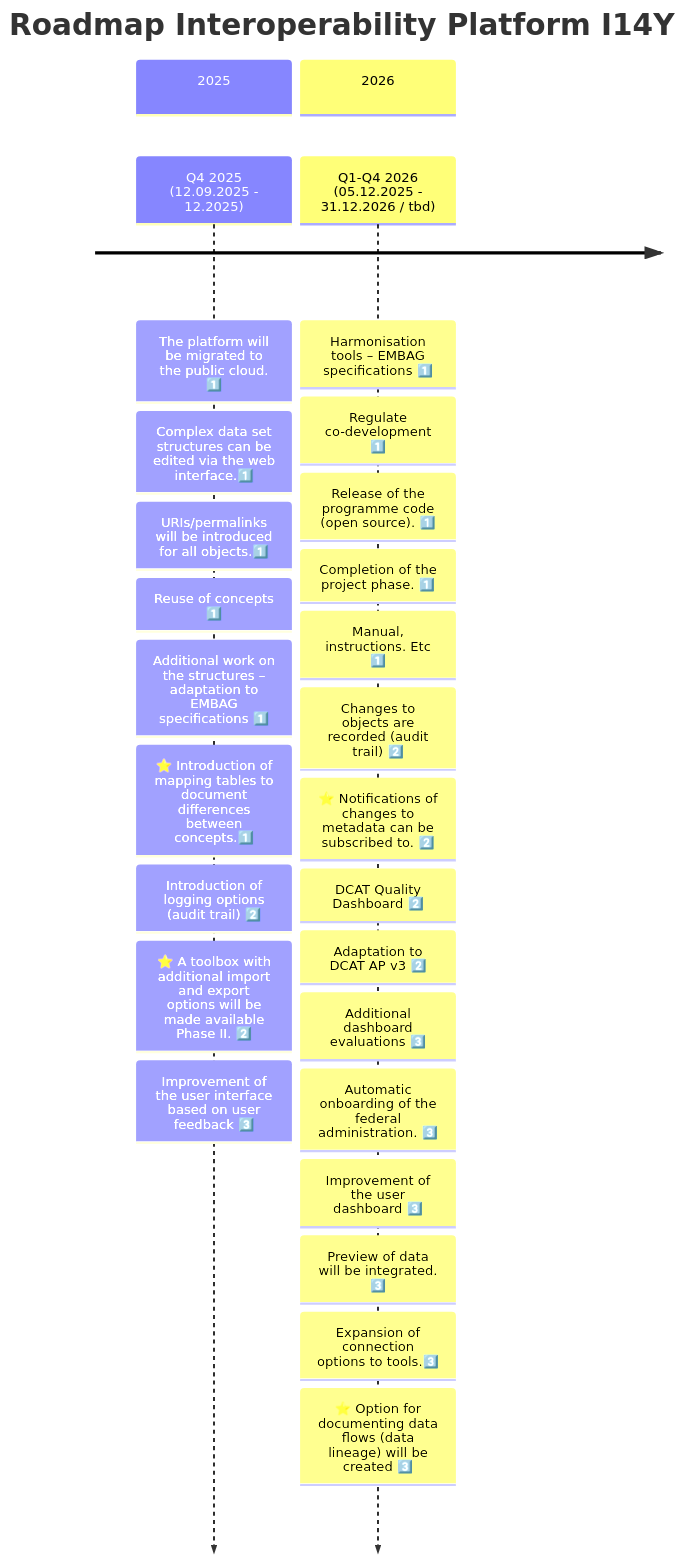
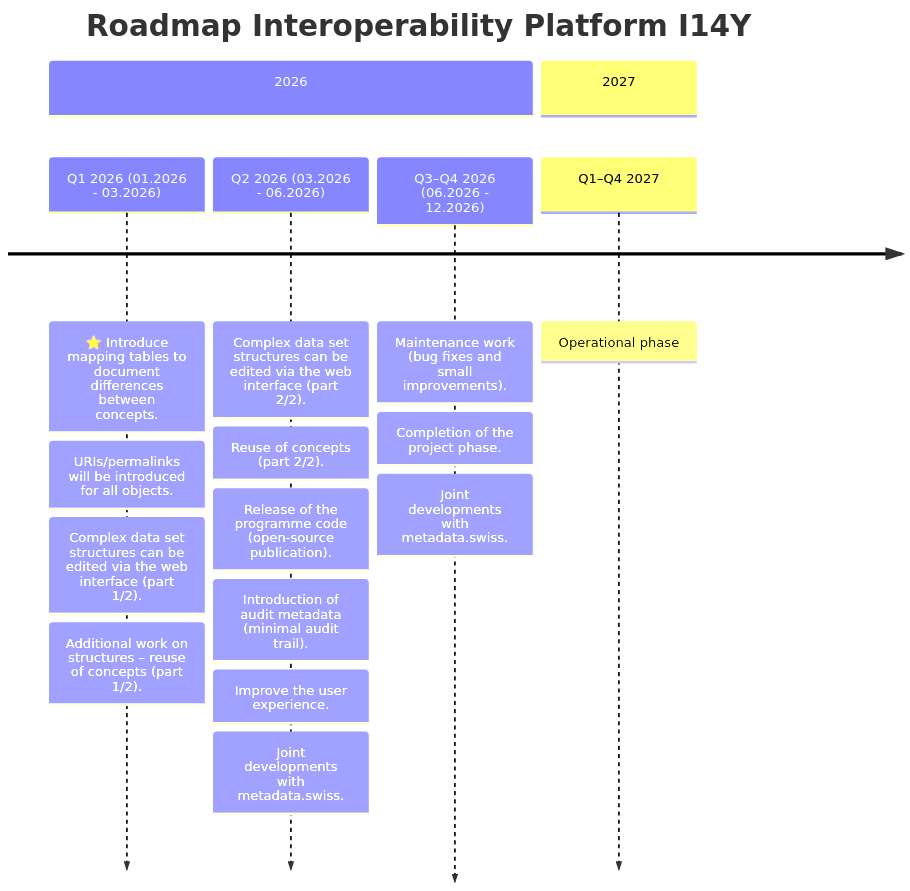
One commit to I14Y-ch/handbook changed the diagram in content/en/platform/roadmap.md. Above: the diagram before and after it, drawn with Mermaid. The commit also changed other lines of this file and 3 other files, not shown here.

Commit message:
Added roadmap in FR, IT and EN

```diff
--- a/content/en/platform/roadmap.md
+++ b/content/en/platform/roadmap.md
@@ -19,35 +20,30 @@
 {{< mermaid width="650px" >}}
 timeline
     title Roadmap Interoperability Platform I14Y
-    
-    section 2025
-        Q4 2025 (12.09.2025 - 12.2025)
-        : The platform will be migrated to the public cloud. 1️⃣
-        : Complex data set structures can be edited via the web interface.1️⃣
-        : URIs/permalinks will be introduced for all objects.1️⃣
-        : Reuse of concepts 1️⃣
-        : Additional work on the structures – adaptation to EMBAG specifications 1️⃣
-        : ⭐ Introduction of mapping tables to document differences between concepts.1️⃣
-        : Introduction of logging options (audit trail) 2️⃣
-        : ⭐ A toolbox with additional import and export options will be made available Phase II. 2️⃣
-        : Improvement of the user interface based on user feedback 3️⃣
 
     section 2026
-        Q1-Q4 2026 (05.12.2025 - 31.12.2026 / tbd)
-        : Harmonisation tools – EMBAG specifications 1️⃣
-        : Regulate co-development 1️⃣
-        : Release of the programme code (open source). 1️⃣
-        : Completion of the project phase. 1️⃣
-        : Manual, instructions. Etc 1️⃣
-        : Changes to objects are recorded (audit trail) 2️⃣
-        : ⭐ Notifications of changes to metadata can be subscribed to. 2️⃣
-        : DCAT Quality Dashboard 2️⃣
-        : Adaptation to DCAT AP v3 2️⃣
-        : Additional dashboard evaluations 3️⃣
-        : Automatic onboarding of the federal administration. 3️⃣
-        : Improvement of the user dashboard 3️⃣
-        : Preview of data will be integrated. 3️⃣
-        : Expansion of connection options to tools.3️⃣
-        : ⭐ Option for documenting data flows (data lineage) will be created 3️⃣
+
+        Q1 2026 (01.2026 - 03.2026)
+        : ⭐ Introduce mapping tables to document differences between concepts.
+        : URIs/permalinks will be introduced for all objects.
+        : Complex data set structures can be edited via the web interface (part 1/2).
+        : Additional work on structures – reuse of concepts (part 1/2).
+
+        Q2 2026 (03.2026 - 06.2026)
+        : Complex data set structures can be edited via the web interface (part 2/2).
+        : Reuse of concepts (part 2/2).
+        : Release of the programme code (open-source publication).
+        : Introduction of audit metadata (minimal audit trail).
+        : Improve the user experience.
+        : Joint developments with metadata.swiss.
+
+        Q3–Q4 2026 (06.2026 - 12.2026)
+        : Maintenance work (bug fixes and small improvements).
+        : Completion of the project phase.
+        : Joint developments with metadata.swiss.
+
+    section 2027
+        Q1–Q4 2027
+        : Operational phase
 
 {{< /mermaid >}}
```
